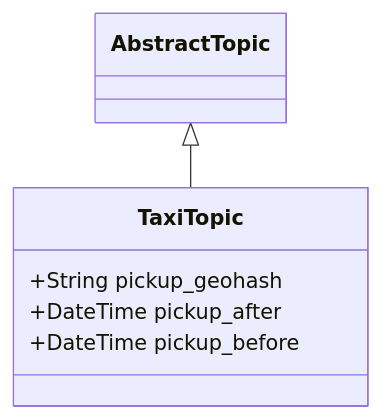
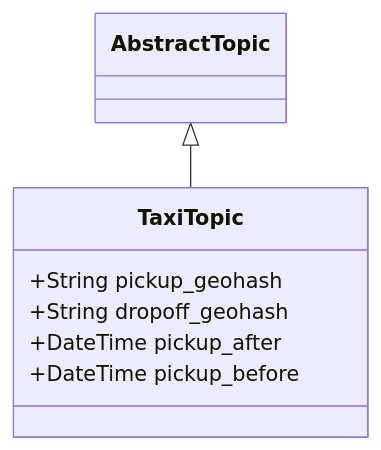
One commit to DontTrustVerifyOrg/gig-gossip changed the first of 9 diagrams in whitepaper/protocol.md. Above: the diagram before and after it, drawn with Mermaid. The commit also changed 9 other files, not shown here.

````diff
--- a/whitepaper/protocol.md
+++ b/whitepaper/protocol.md
@@ -78,11 +78,12 @@
 ```mermaid
 classDiagram
     AbstractTopic <|-- TaxiTopic
     class AbstractTopic{        
     }
     class TaxiTopic{
         +String pickup_geohash
+        +String dropoff_geohash
         +DateTime pickup_after
         +DateTime pickup_before
     }
 ```
````
